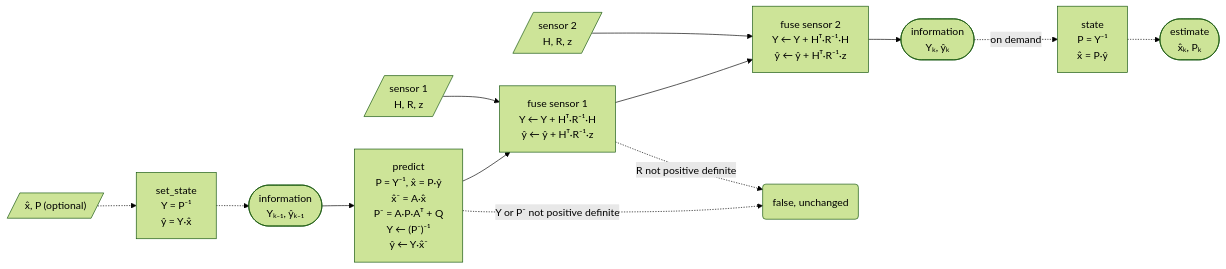
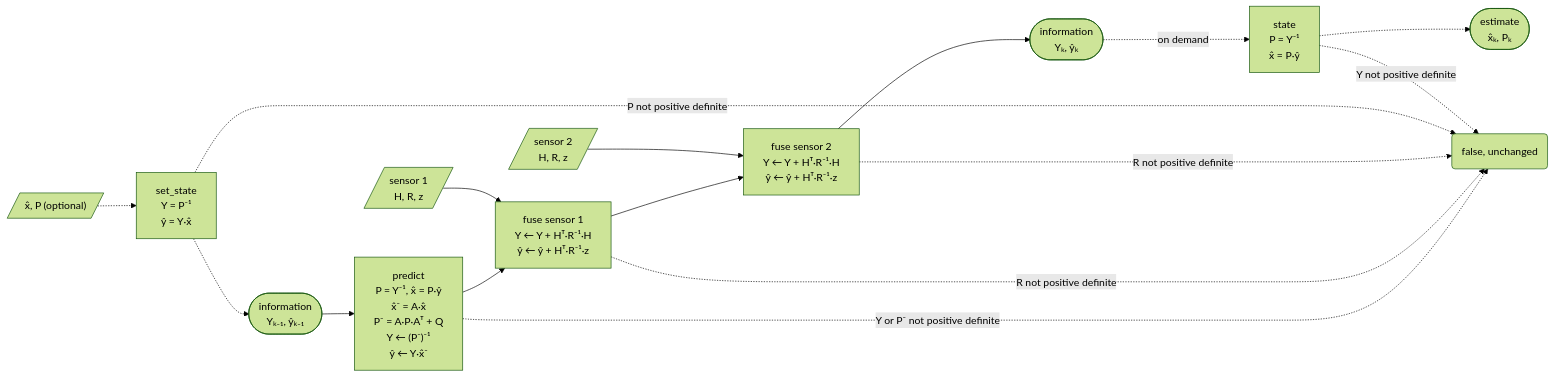
One commit to sunsided/minikalman-rs changed the diagram in crates/minikalman/docs/diagrams/information-loop.mmd. Above: the diagram before and after it, drawn with Mermaid (forest theme).

Commit message:
Show every failure exit in the information filter diagram
set_state, state and the second fuse can return false as well; the
state page highlights recover, so it showed no failure edge although
its docs say the method can fail.

```diff
--- a/crates/minikalman/docs/diagrams/information-loop.mmd
+++ b/crates/minikalman/docs/diagrams/information-loop.mmd
@@ -1,25 +1,28 @@
 flowchart LR
     %% One step of the information filter. Style: see docs/diagrams/README.md.
     %% Node IDs: init (set_state), prior, predict, fuse1/fuse2 (one per sensor; any number, in
     %% any order), posterior, recover (state), estimate, rejected (each fallible step returns
     %% false and leaves the filter unchanged).
     initial[/"x̂, P (optional)"/]
     init["set_state<br/>Y = P⁻¹<br/>ŷ = Y·x̂"]
     prior(["information<br/>Yₖ₋₁, ŷₖ₋₁"])
     predict["predict<br/>P = Y⁻¹, x̂ = P·ŷ<br/>x̂⁻ = A·x̂<br/>P⁻ = A·P·Aᵀ + Q<br/>Y ← (P⁻)⁻¹<br/>ŷ ← Y·x̂⁻"]
     fuse1["fuse sensor 1<br/>Y ← Y + Hᵀ·R⁻¹·H<br/>ŷ ← ŷ + Hᵀ·R⁻¹·z"]
     fuse2["fuse sensor 2<br/>Y ← Y + Hᵀ·R⁻¹·H<br/>ŷ ← ŷ + Hᵀ·R⁻¹·z"]
     posterior(["information<br/>Yₖ, ŷₖ"])
     recover["state<br/>P = Y⁻¹<br/>x̂ = P·ŷ"]
     estimate(["estimate<br/>x̂ₖ, Pₖ"])
     z1[/"sensor 1<br/>H, R, z"/]
     z2[/"sensor 2<br/>H, R, z"/]
     rejected("false, unchanged")
     initial -.-> init -.-> prior
     prior --> predict --> fuse1 --> fuse2 --> posterior
     z1 --> fuse1
     z2 --> fuse2
     posterior -.->|"on demand"| recover -.-> estimate
     predict -.->|"Y or P⁻ not positive definite"| rejected
     fuse1 -.->|"R not positive definite"| rejected
+    fuse2 -.->|"R not positive definite"| rejected
+    init -.->|"P not positive definite"| rejected
+    recover -.->|"Y not positive definite"| rejected
     classDef focus fill:#fbbf24,stroke:#b45309,stroke-width:3px,color:#1c1917
```
